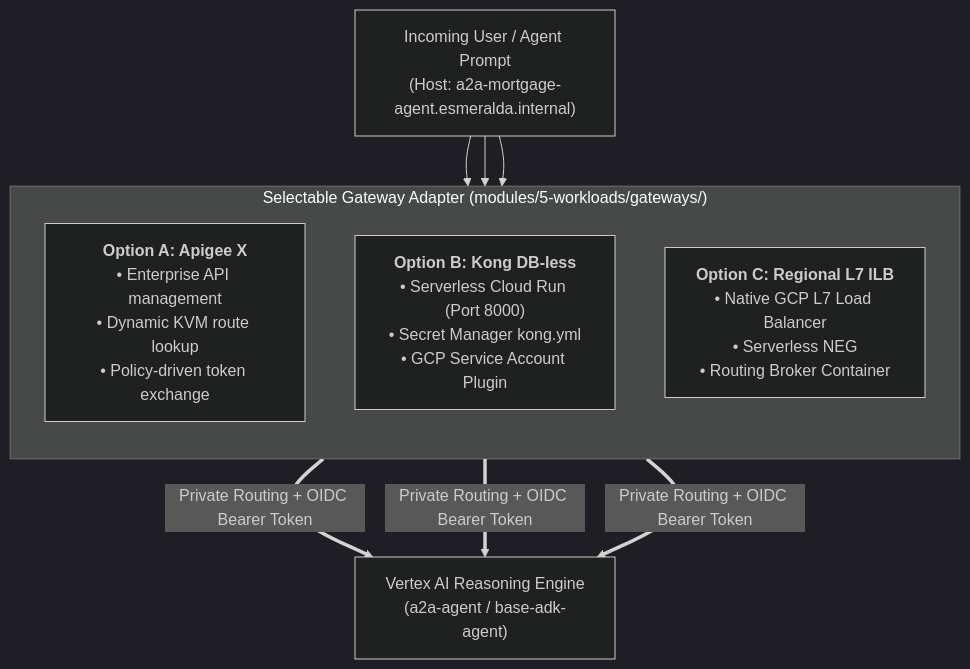
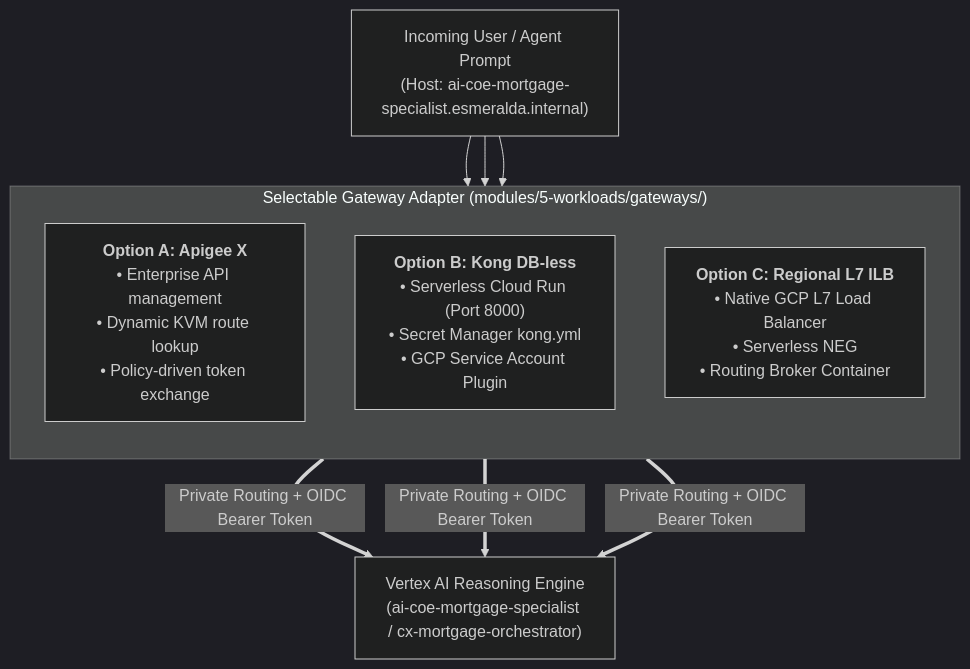
The diagram in docs/2-workloads-and-catalog/01-ingress-gateways.md (google/esmeralda), drawn with Mermaid (dark theme) before and after one commit. The commit also changed other lines of this file and 184 other files, not shown here.

````diff
--- a/docs/2-workloads-and-catalog/01-ingress-gateways.md
+++ b/docs/2-workloads-and-catalog/01-ingress-gateways.md
@@ -45,16 +45,16 @@
 ```mermaid
 flowchart TD
-    Req["Incoming User / Agent Prompt<br/>(Host: a2a-mortgage-agent.esmeralda.internal)"]
+    Req["Incoming User / Agent Prompt<br/>(Host: ai-coe-mortgage-specialist.esmeralda.internal)"]
     
     subgraph Adapters["Selectable Gateway Adapter (modules/5-workloads/gateways/)"]
         direction TB
         OptA["<b>Option A: Apigee X</b><br/>• Enterprise API management<br/>• Dynamic KVM route lookup<br/>• Policy-driven token exchange"]
         OptB["<b>Option B: Kong DB-less</b><br/>• Serverless Cloud Run (Port 8000)<br/>• Secret Manager kong.yml<br/>• GCP Service Account Plugin"]
         OptC["<b>Option C: Regional L7 ILB</b><br/>• Native GCP L7 Load Balancer<br/>• Serverless NEG<br/>• Routing Broker Container"]
     end
 
-    Backend["Vertex AI Reasoning Engine<br/>(a2a-agent / base-adk-agent)"]
+    Backend["Vertex AI Reasoning Engine<br/>(ai-coe-mortgage-specialist / cx-mortgage-orchestrator)"]
 
     Req --> OptA & OptB & OptC
     OptA & OptB & OptC ==>|Private Routing + OIDC Bearer Token| Backend
 ```
````
